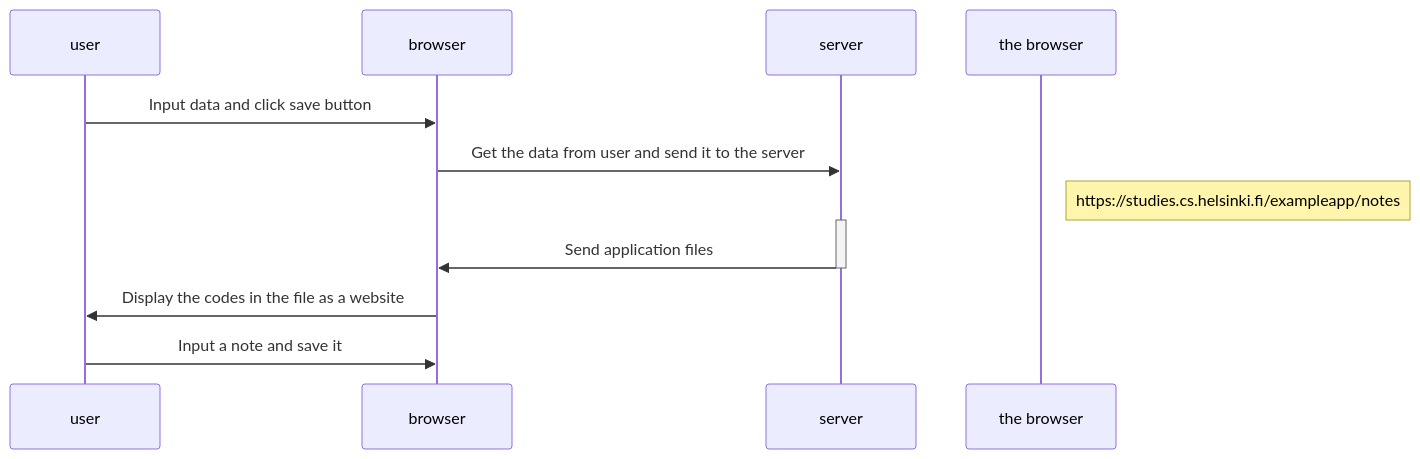
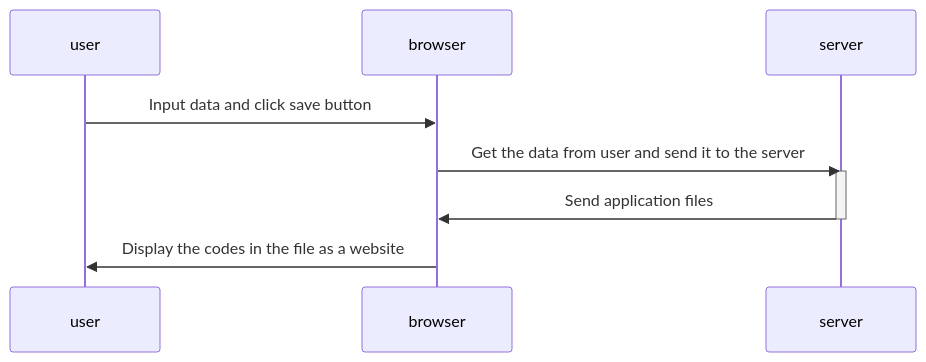
The diagram in part0/0.4.md (NihushaganS/Full-Stack-Open), drawn with Mermaid before and after one commit. The commit also changed 1 other file, not shown here.

````diff
--- a/part0/0.4.md
+++ b/part0/0.4.md
@@ -1,23 +1,23 @@
 ```mermaid
 
 sequenceDiagram
   participant user
   participant browser
   participant server
 
   user->>browser: Input data and click save button
 
   browser->>server: Get the data from user and send it to the server
-  note right of the browser: https://studies.cs.helsinki.fi/exampleapp/notes
+
 
   activate server
   server->>browser: Send application files
   deactivate server
 
   browser->>user: Display the codes in the file as a website
 
-  user->>browser: Input a note and save it
+
 
 
 
 ```
````
